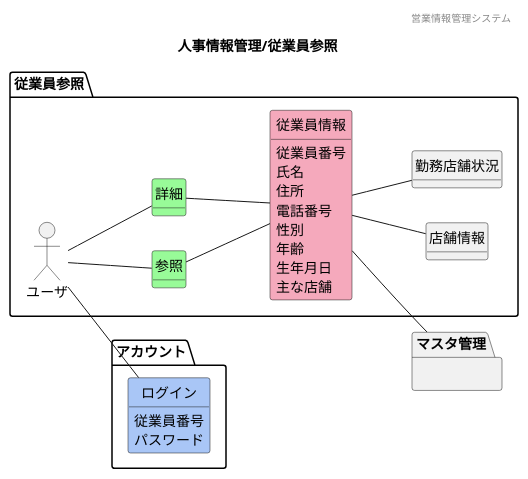
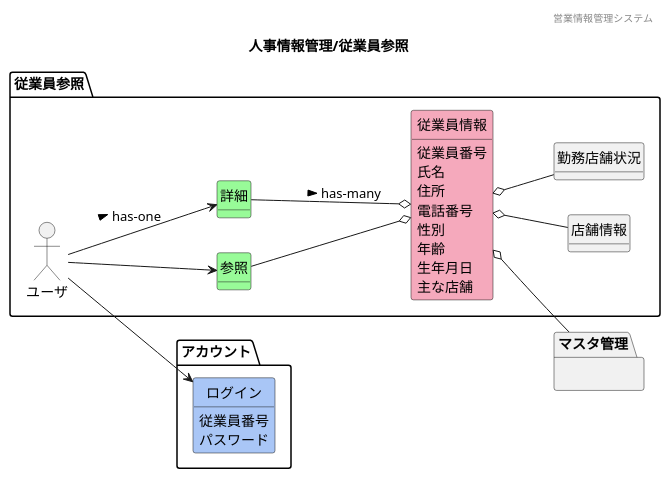
One commit to HaruShim/Sotuken changed the diagram in 各種設計書/1ドメインモデル図/人事情報管理/F12従業員参照.plantuml. Above: the diagram before and after it, drawn with PlantUML. The commit also changed 13 other files, not shown here.

```diff
--- a/各種設計書/1ドメインモデル図/人事情報管理/F12従業員参照.plantuml
+++ b/各種設計書/1ドメインモデル図/人事情報管理/F12従業員参照.plantuml
@@ -1,63 +1,63 @@
 @startuml images/人事情報管理/従業員参照
 ' ヘッダー
 header 営業情報管理システム
 ' タイトル
 title 人事情報管理/従業員参照
 ' 
 hide circle
 ' 
 hide method
 left to right direction
 
 package "アカウント"{
     class "ログイン" #A9C6F6
 }
 
 package "従業員参照" {
     'ユーザや外部システム
     mix_actor "ユーザ"
     class "参照" #98fb98
     class "詳細" #98fb98
     class "従業員情報" #F5A9BC
     class "店舗情報"
     class "勤務店舗状況"
 }
     package "マスタ管理"{
     }
     ' class "" #F5A9BC
     ' class "" #ffd700
 
     'モデル同士の関係
-    ユーザ -- 参照
-    ユーザ -- 詳細
-    ユーザ -- ログイン
-    参照 -- 従業員情報
-    詳細 -- 従業員情報
-    従業員情報 -- 勤務店舗状況
-    従業員情報 -- マスタ管理
-    従業員情報 -- 店舗情報
+    ユーザ --> 参照
+    ユーザ --> 詳細: > has-one
+    ユーザ --> ログイン
+    参照 --o 従業員情報
+    詳細 --o 従業員情報 : > has-many
+    従業員情報 o-- 勤務店舗状況
+    従業員情報 o-- マスタ管理
+    従業員情報 o-- 店舗情報
 
     'ドメインクラスの属性
     従業員情報 : 従業員番号
     従業員情報 : 氏名
     従業員情報 : 住所
     従業員情報 : 電話番号
     従業員情報 : 性別
     従業員情報 : 年齢
     従業員情報 : 生年月日
     従業員情報 : 主な店舗
     ' 店舗情報 : 店舗名
     ' 店舗情報 : 住所
     ' 店舗情報 : 連絡先
     ' 店舗情報 : 店長
     ' 店舗情報 : 主な従業員
     ' 勤務店舗状況 : 店舗名
     ' 勤務店舗状況 : 従業員数
     ' 勤務店舗状況 : 責任者
     ログイン : 従業員番号
     ログイン : パスワード
 
 
 
 
 @enduml
```
